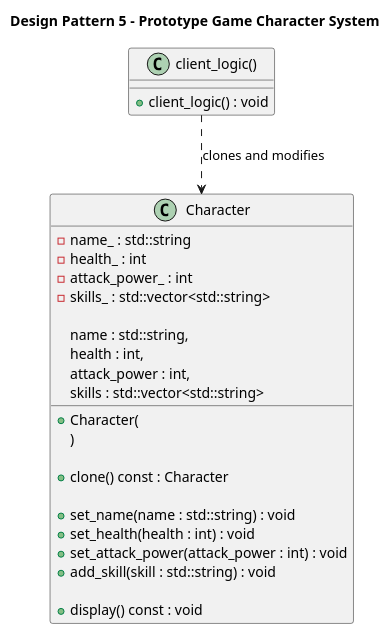
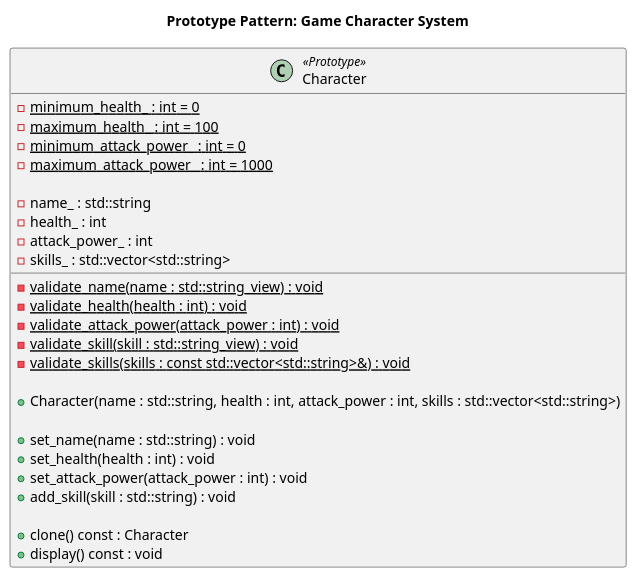
The diagram in creational-patterns/prototype/cpp/architecture.puml (PatrickG2907/oop-design-pattern-challenges), drawn with PlantUML before and after one commit.

```diff
--- a/creational-patterns/prototype/cpp/architecture.puml
+++ b/creational-patterns/prototype/cpp/architecture.puml
@@ -1,33 +1,32 @@
 @startuml
-title Design Pattern 5 - Prototype Game Character System
+title Prototype Pattern: Game Character System
 
-class Character {
+class Character <<Prototype>> {
+    - {static} minimum_health_ : int = 0
+    - {static} maximum_health_ : int = 100
+    - {static} minimum_attack_power_ : int = 0
+    - {static} maximum_attack_power_ : int = 1000
+
     - name_ : std::string
     - health_ : int
     - attack_power_ : int
     - skills_ : std::vector<std::string>
 
-    + Character(
-        name : std::string,
-        health : int,
-        attack_power : int,
-        skills : std::vector<std::string>
-      )
+    - {static} validate_name(name : std::string_view) : void
+    - {static} validate_health(health : int) : void
+    - {static} validate_attack_power(attack_power : int) : void
+    - {static} validate_skill(skill : std::string_view) : void
+    - {static} validate_skills(skills : const std::vector<std::string>&) : void
 
-    + clone() const : Character
+    + Character(name : std::string, health : int, attack_power : int, skills : std::vector<std::string>)
 
     + set_name(name : std::string) : void
     + set_health(health : int) : void
     + set_attack_power(attack_power : int) : void
     + add_skill(skill : std::string) : void
 
+    + clone() const : Character
     + display() const : void
 }
 
-class "client_logic()" as ClientLogic {
-    + client_logic() : void
-}
-
-ClientLogic ..> Character : clones and modifies
-
 @enduml
```
